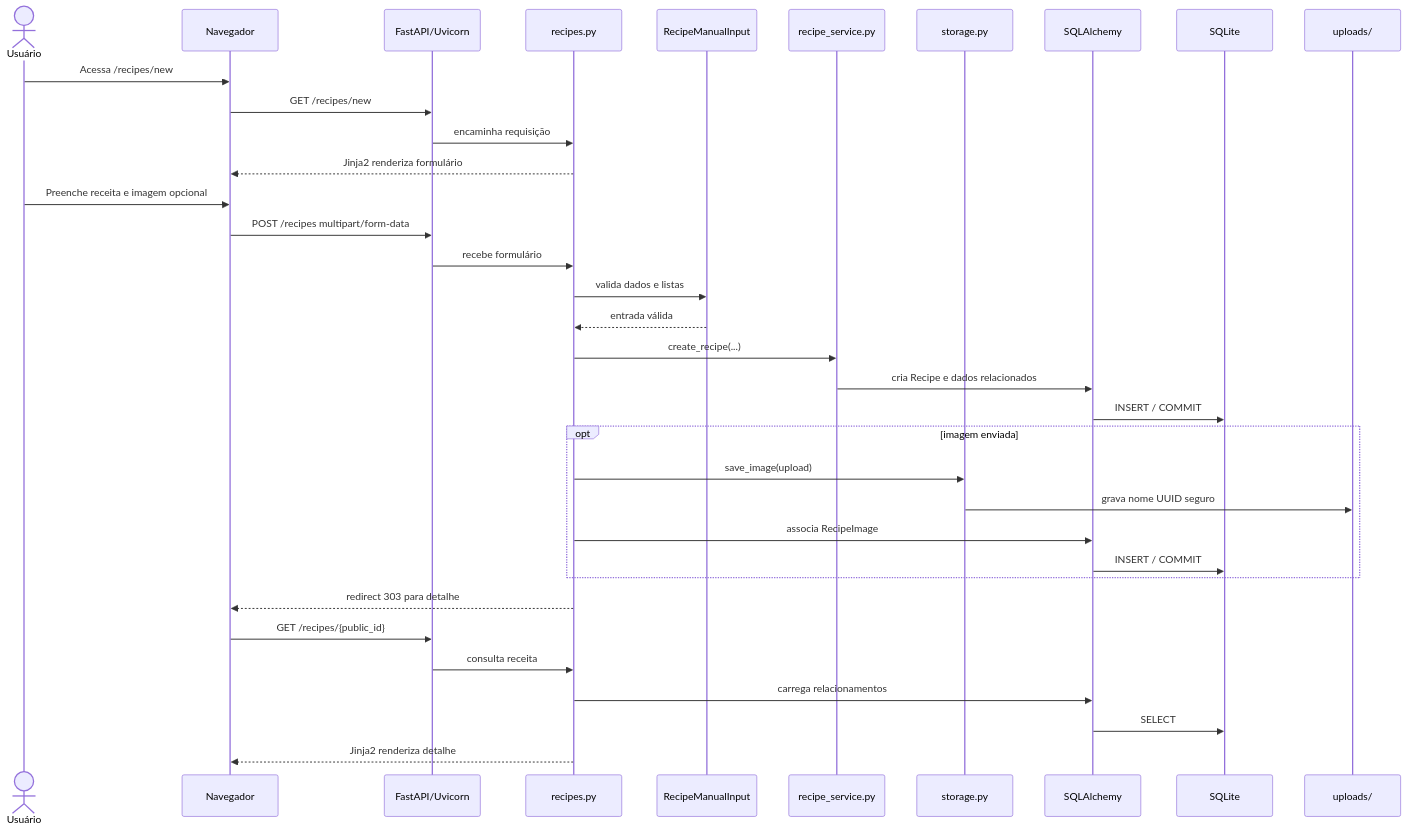
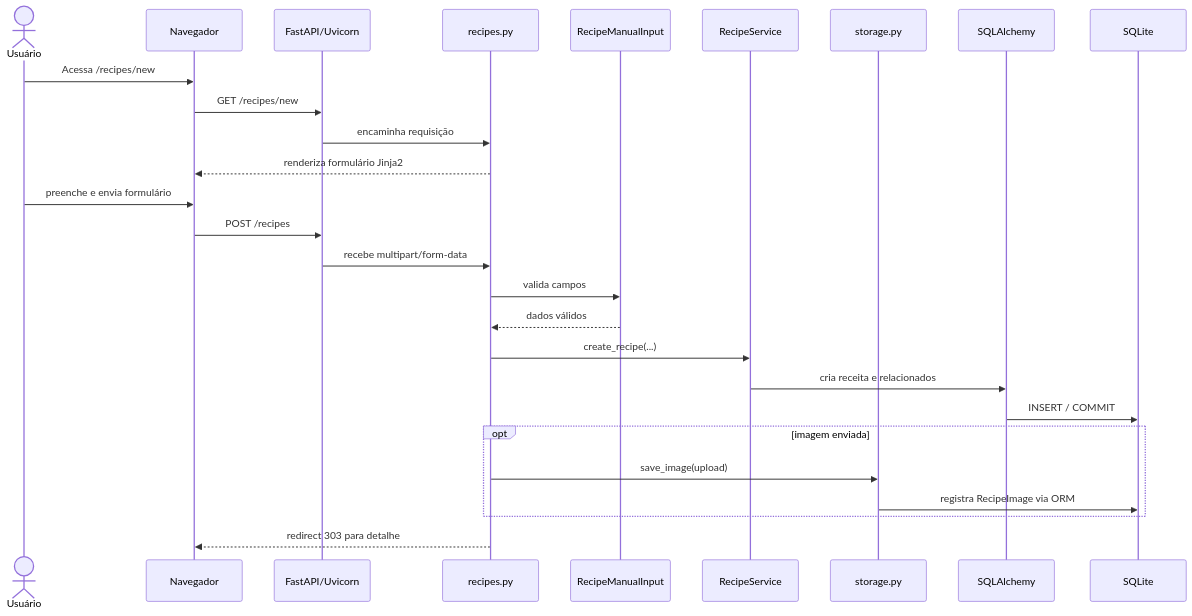
The fifth of 8 diagrams in docs/ARCHITECTURE_DIAGRAMS.md (tscherubino/esp-t2-es-c4), drawn with Mermaid before and after one commit. The commit also changed other lines of this file, not shown here.

First line of the commit message:
docs(arquitetura): atualizar diagramas do fluxo de importação

````diff
--- a/docs/ARCHITECTURE_DIAGRAMS.md
+++ b/docs/ARCHITECTURE_DIAGRAMS.md
@@ -253,38 +258,30 @@
 ```mermaid
 sequenceDiagram
     actor User as Usuário
     participant Browser as Navegador
     participant App as FastAPI/Uvicorn
     participant Router as recipes.py
     participant Schema as RecipeManualInput
-    participant Service as recipe_service.py
+    participant Service as RecipeService
     participant Storage as storage.py
     participant ORM as SQLAlchemy
     participant DB as SQLite
-    participant Files as uploads/
 
     User->>Browser: Acessa /recipes/new
     Browser->>App: GET /recipes/new
     App->>Router: encaminha requisição
-    Router-->>Browser: Jinja2 renderiza formulário
-    User->>Browser: Preenche receita e imagem opcional
-    Browser->>App: POST /recipes multipart/form-data
-    App->>Router: recebe formulário
-    Router->>Schema: valida dados e listas
-    Schema-->>Router: entrada válida
+    Router-->>Browser: renderiza formulário Jinja2
+    User->>Browser: preenche e envia formulário
+    Browser->>App: POST /recipes
+    App->>Router: recebe multipart/form-data
+    Router->>Schema: valida campos
+    Schema-->>Router: dados válidos
     Router->>Service: create_recipe(...)
-    Service->>ORM: cria Recipe e dados relacionados
+    Service->>ORM: cria receita e relacionados
     ORM->>DB: INSERT / COMMIT
     opt imagem enviada
         Router->>Storage: save_image(upload)
-        Storage->>Files: grava nome UUID seguro
-        Router->>ORM: associa RecipeImage
-        ORM->>DB: INSERT / COMMIT
+        Storage->>DB: registra RecipeImage via ORM
     end
     Router-->>Browser: redirect 303 para detalhe
-    Browser->>App: GET /recipes/{public_id}
-    App->>Router: consulta receita
-    Router->>ORM: carrega relacionamentos
-    ORM->>DB: SELECT
-    Router-->>Browser: Jinja2 renderiza detalhe
 ```
````
